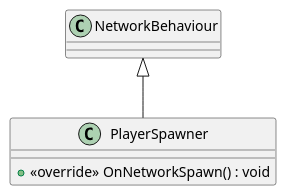
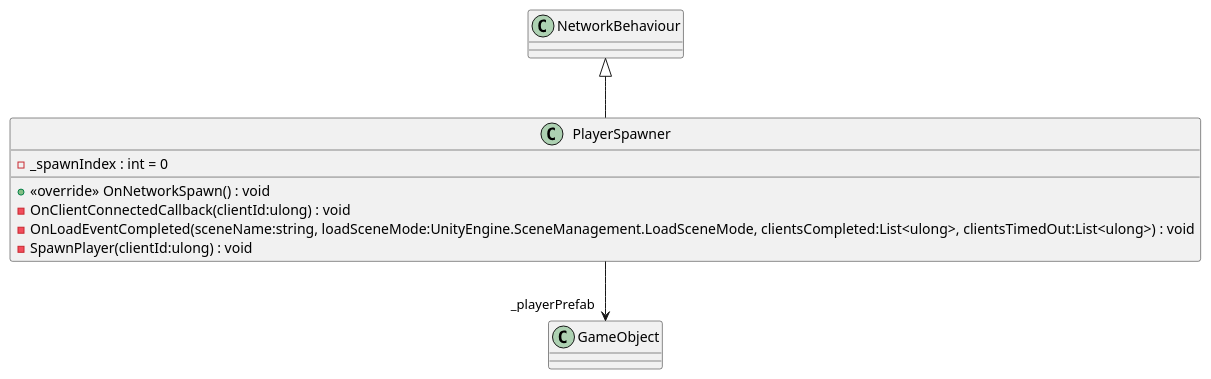
One commit to David-Denny/COMP3013-Team7 changed the diagram in UML/Level/PlayerSpawner.puml. Above: the diagram before and after it, drawn with PlantUML. The commit also changed 49 other files, not shown here.

Commit message:
Generate UML (Generate UML)

```diff
--- a/UML/Level/PlayerSpawner.puml
+++ b/UML/Level/PlayerSpawner.puml
@@ -1,6 +1,11 @@
 @startuml
 class PlayerSpawner {
+    - _spawnIndex : int = 0
     + <<override>> OnNetworkSpawn() : void
+    - OnClientConnectedCallback(clientId:ulong) : void
+    - OnLoadEventCompleted(sceneName:string, loadSceneMode:UnityEngine.SceneManagement.LoadSceneMode, clientsCompleted:List<ulong>, clientsTimedOut:List<ulong>) : void
+    - SpawnPlayer(clientId:ulong) : void
 }
 NetworkBehaviour <|-- PlayerSpawner
+PlayerSpawner --> "_playerPrefab" GameObject
 @enduml
```
